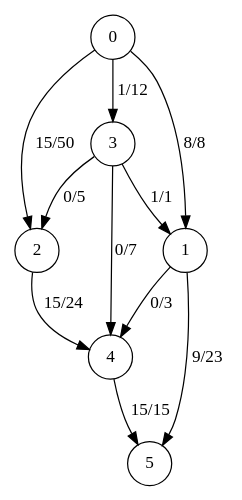
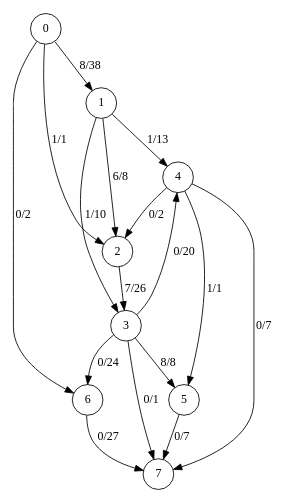
One commit to jb332/ocaml_project changed the diagram in new_graph_dot.gv. Above: the diagram before and after it, drawn with Graphviz. The commit also changed 13 other files, not shown here.

```diff
--- a/new_graph_dot.gv
+++ b/new_graph_dot.gv
@@ -1,14 +1,20 @@
 digraph finite_state_machine { 
 size="8,5"
 node [shape = circle]; 
-4 -> 5 [ label = "15/15"];
-2 -> 4 [ label = "15/24"];
-3 -> 4 [ label = "0/7"];
-3 -> 2 [ label = "0/5"];
-3 -> 1 [ label = "1/1"];
-1 -> 4 [ label = "0/3"];
-1 -> 5 [ label = "9/23"];
-0 -> 2 [ label = "15/50"];
-0 -> 3 [ label = "1/12"];
-0 -> 1 [ label = "8/8"];
+6 -> 7 [ label = "0/27"];
+5 -> 7 [ label = "0/7"];
+4 -> 2 [ label = "0/2"];
+4 -> 7 [ label = "0/7"];
+4 -> 5 [ label = "1/1"];
+0 -> 6 [ label = "0/2"];
+0 -> 2 [ label = "1/1"];
+0 -> 1 [ label = "8/38"];
+3 -> 6 [ label = "0/24"];
+3 -> 7 [ label = "0/1"];
+3 -> 4 [ label = "0/20"];
+3 -> 5 [ label = "8/8"];
+1 -> 3 [ label = "1/10"];
+1 -> 4 [ label = "1/13"];
+1 -> 2 [ label = "6/8"];
+2 -> 3 [ label = "7/26"];
 }
```
